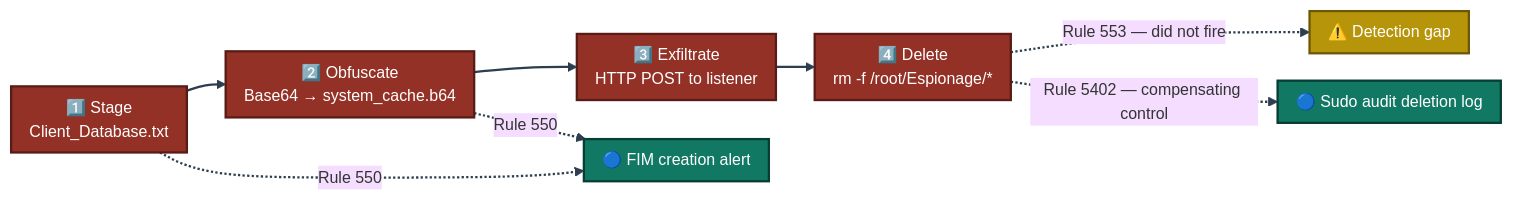
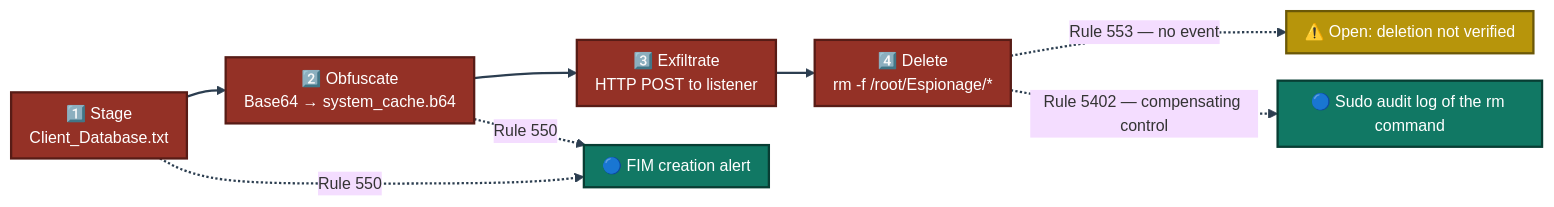
Before and after one commit to malaika-azhar/Cybersecurity-Lab-Projects: the first of 4 diagrams in 3-Advanced-Cyber-Projects/project-13-soc-redvsblue-capstone/README.md, drawn with Mermaid. The commit also changed other lines of this file, not shown here.

````diff
--- a/3-Advanced-Cyber-Projects/project-13-soc-redvsblue-capstone/README.md
+++ b/3-Advanced-Cyber-Projects/project-13-soc-redvsblue-capstone/README.md
@@ -98,15 +98,15 @@
 ```mermaid
 %%{init: {'theme': 'base', 'themeVariables': {'fontSize': '14px'}, 'flowchart': {'nodeSpacing': 24, 'rankSpacing': 34, 'padding': 8}}}%%
 flowchart LR
     S["1️⃣ Stage<br/>Client_Database.txt"]:::red --> O["2️⃣ Obfuscate<br/>Base64 → system_cache.b64"]:::red
     O --> E["3️⃣ Exfiltrate<br/>HTTP POST to listener"]:::red
     E --> D["4️⃣ Delete<br/>rm -f /root/Espionage/*"]:::red
     S -.->|Rule 550| F1["🔵 FIM creation alert"]:::blue
     O -.->|Rule 550| F1
-    D -.->|Rule 553 — did not fire| G["⚠️ Detection gap"]:::gap
-    D -.->|Rule 5402 — compensating control| F2["🔵 Sudo audit deletion log"]:::blue
+    D -.->|Rule 553 — no event| G["⚠️ Open: deletion not verified"]:::gap
+    D -.->|Rule 5402 — compensating control| F2["🔵 Sudo audit log of the rm command"]:::blue
     classDef red fill:#943126,stroke:#571C16,stroke-width:2px,color:#FFFFFF
     classDef blue fill:#117864,stroke:#083D33,stroke-width:2px,color:#FFFFFF
     classDef gap fill:#B7950B,stroke:#6B5807,stroke-width:2px,color:#FFFFFF
     linkStyle default stroke:#2C3E50,stroke-width:2px
 ```
````
